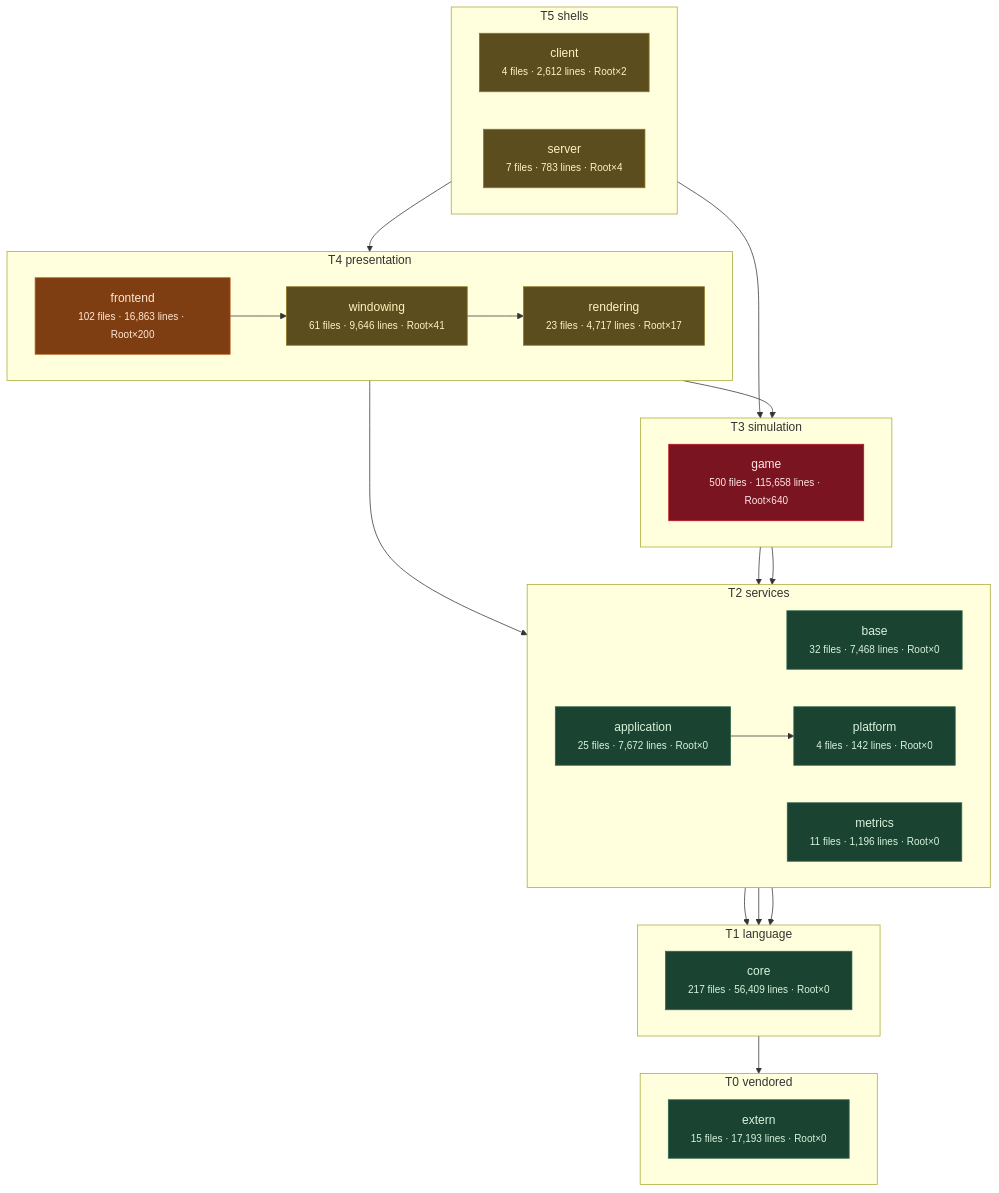
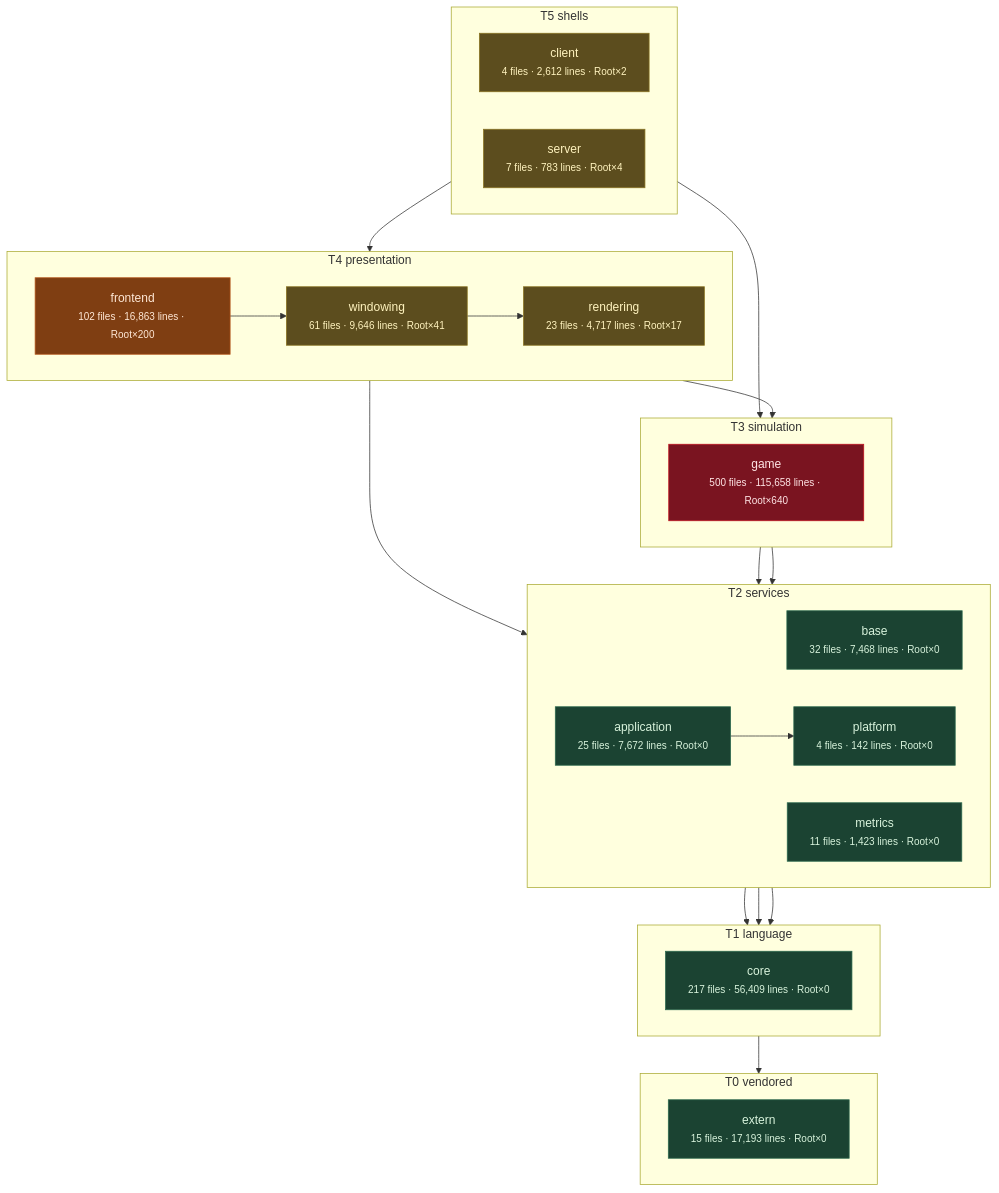
Before and after one commit to apnex/OpenStarbound: the third of 11 diagrams in docs/architecture/system-boundaries.md, drawn with Mermaid. The commit also changed other lines of this file and 1 other file, not shown here.

First line of the commit message:
OBS-JOIN: register both selftests as gates, and refresh the arch graph [#253]

````diff
--- a/docs/architecture/system-boundaries.md
+++ b/docs/architecture/system-boundaries.md
@@ -271,54 +271,54 @@
 ```mermaid
 flowchart TD
   subgraph T0["T0 vendored"]
     direction LR
     extern["extern<br/><small>15 files · 17,193 lines · Root×0</small>"]
   end
   subgraph T1["T1 language"]
     direction LR
     core["core<br/><small>217 files · 56,409 lines · Root×0</small>"]
   end
   subgraph T2["T2 services"]
     direction LR
     base["base<br/><small>32 files · 7,468 lines · Root×0</small>"]
-    metrics["metrics<br/><small>11 files · 1,196 lines · Root×0</small>"]
+    metrics["metrics<br/><small>11 files · 1,423 lines · Root×0</small>"]
     platform["platform<br/><small>4 files · 142 lines · Root×0</small>"]
     application["application<br/><small>25 files · 7,672 lines · Root×0</small>"]
   end
   subgraph T3["T3 simulation"]
     direction LR
     game["game<br/><small>500 files · 115,658 lines · Root×640</small>"]
   end
   subgraph T4["T4 presentation"]
     direction LR
     rendering["rendering<br/><small>23 files · 4,717 lines · Root×17</small>"]
     windowing["windowing<br/><small>61 files · 9,646 lines · Root×41</small>"]
     frontend["frontend<br/><small>102 files · 16,863 lines · Root×200</small>"]
   end
   subgraph T5["T5 shells"]
     direction LR
     client["client<br/><small>4 files · 2,612 lines · Root×2</small>"]
     server["server<br/><small>7 files · 783 lines · Root×4</small>"]
   end
   core --> extern
   base --> core
   metrics --> core
   platform --> core
   application --> platform
   game --> base
   game --> platform
   rendering --> application
   rendering --> game
   windowing --> rendering
   frontend --> windowing
   client --> frontend
   server --> game
   classDef clean fill:#1b4332,stroke:#2d6a4f,color:#d8f3dc
   classDef warm  fill:#5c4d1e,stroke:#8a7420,color:#fff3bf
   classDef hot   fill:#7f3e12,stroke:#b5561b,color:#ffe8d6
   classDef blaze fill:#7a1420,stroke:#c1121f,color:#ffe5e5
   class extern,core,base,metrics,platform,application clean
   class rendering,windowing,client,server warm
   class frontend hot
   class game blaze
 ```
````
